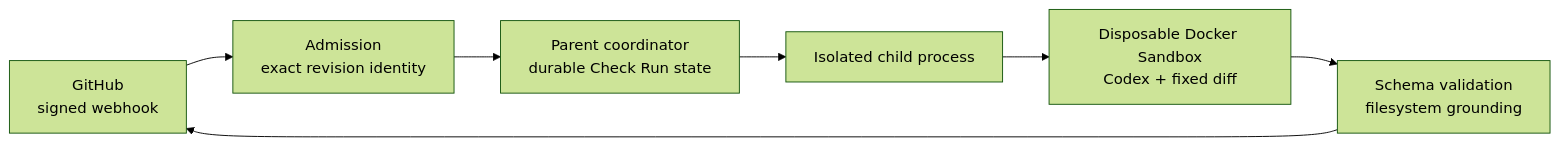
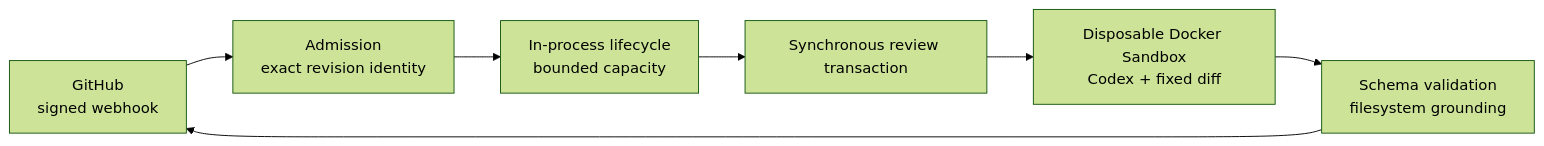
One commit to ivand200/specode_review changed the diagram in README.md. Above: the diagram before and after it, drawn with Mermaid (forest theme). The commit also changed other lines of this file and 8 other files, not shown here.

````diff
--- a/README.md
+++ b/README.md
@@ -35,9 +34,9 @@
 ```mermaid
 flowchart LR
     GH[GitHub<br>signed webhook] --> A[Admission<br>exact revision identity]
-    A --> P[Parent coordinator<br>durable Check Run state]
-    P --> C[Isolated child process]
-    C --> S[Disposable Docker Sandbox<br>Codex + fixed diff]
+    A --> P[In-process lifecycle<br>bounded capacity]
+    P --> R[Synchronous review transaction]
+    R --> S[Disposable Docker Sandbox<br>Codex + fixed diff]
     S --> V[Schema validation<br>filesystem grounding]
     V --> GH
 ```
````
